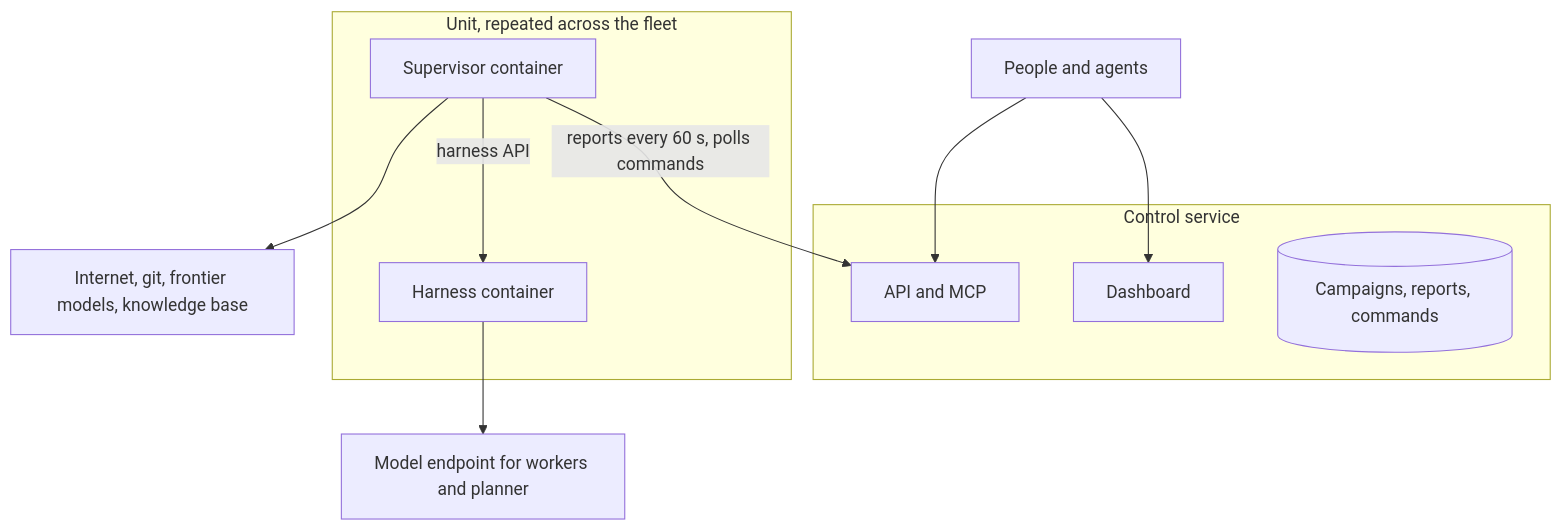
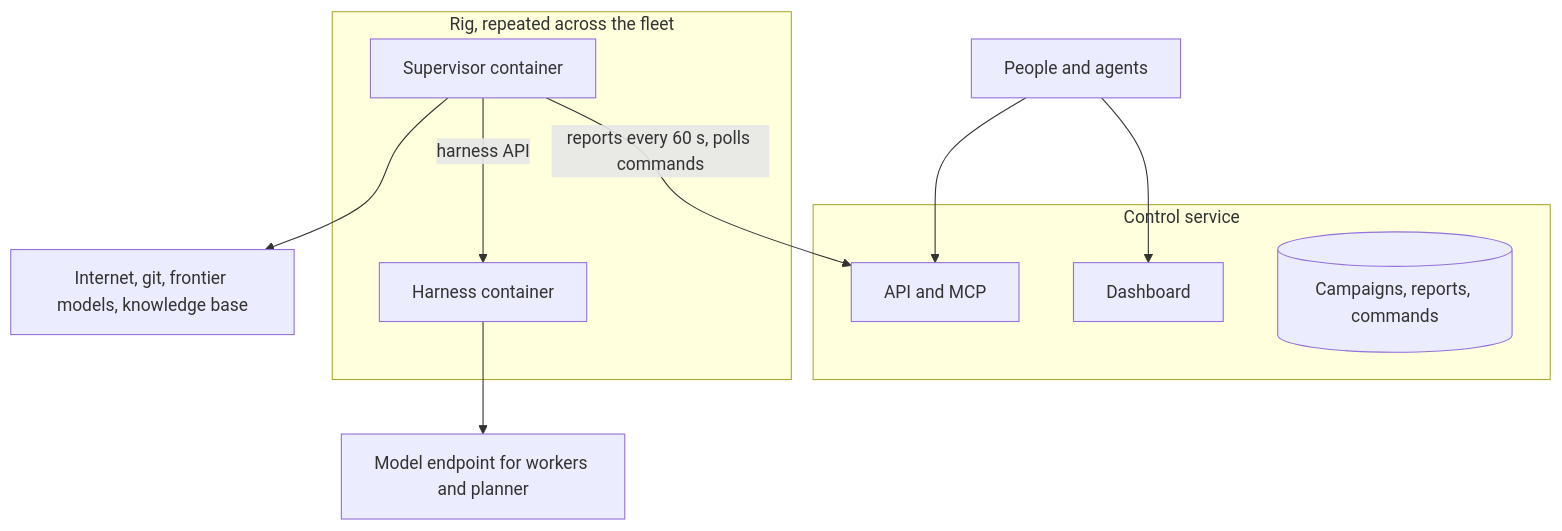
Before and after one commit to Mahdi3Bani/thermite: the diagram in docs/architecture.md, drawn with Mermaid. The commit also changed other lines of this file and 90 other files, not shown here.

````diff
--- a/docs/architecture.md
+++ b/docs/architecture.md
@@ -5,18 +5,18 @@
 ```mermaid
 flowchart TB
   subgraph Control[Control service]
     UI[Dashboard]
     API[API and MCP]
     Store[(Campaigns, reports, commands)]
   end
-  subgraph Unit[Unit, repeated across the fleet]
+  subgraph Rig[Rig, repeated across the fleet]
     S[Supervisor container]
     H[Harness container]
   end
   People[People and agents] --> UI
   People --> API
   S -- reports every 60 s, polls commands --> API
   S -- harness API --> H
   H --> M[Model endpoint for workers and planner]
   S --> Net[Internet, git, frontier models, knowledge base]
 ```
````
